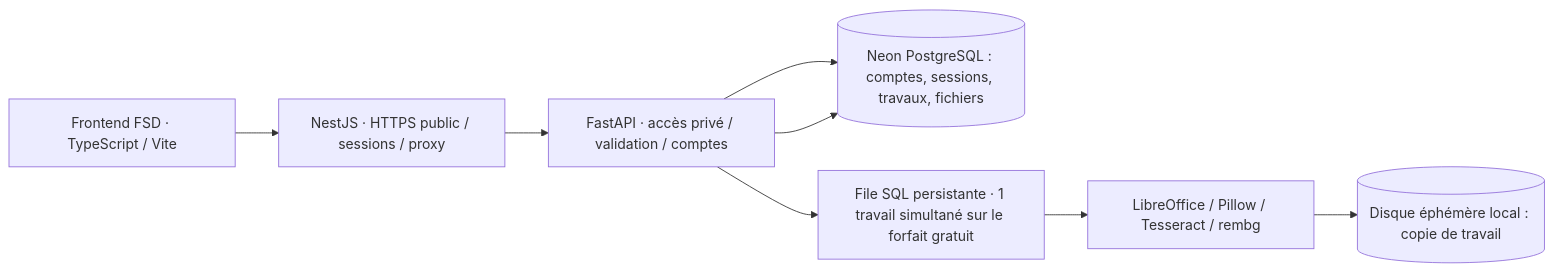
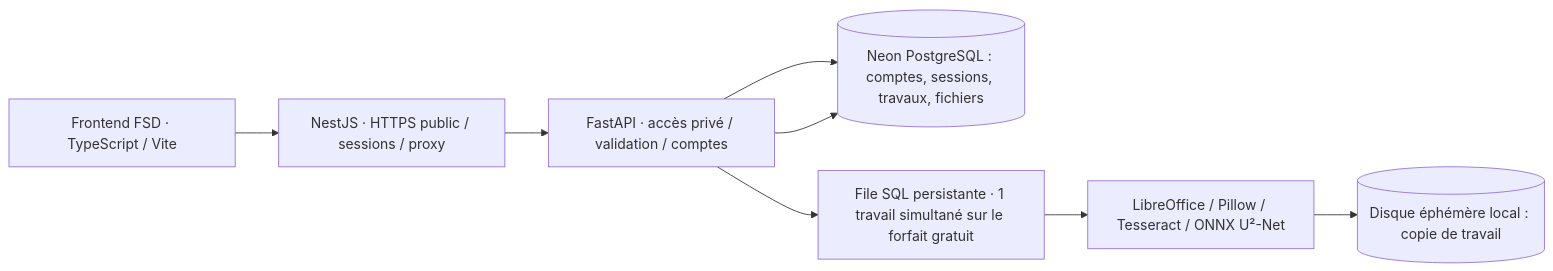
Before and after one commit to Cliedd/CrazyPDF: the diagram in docs/ARCHITECTURE.md, drawn with Mermaid. The commit also changed other lines of this file and 24 other files, not shown here.

````diff
--- a/docs/ARCHITECTURE.md
+++ b/docs/ARCHITECTURE.md
@@ -3,10 +3,10 @@
 ```mermaid
 flowchart LR
   Browser[Frontend FSD · TypeScript / Vite] --> Nest[NestJS · HTTPS public / sessions / proxy]
   Nest --> Python[FastAPI · accès privé / validation / comptes]
   Python --> DB[(Neon PostgreSQL : comptes, sessions, travaux, fichiers)]
   Python --> Queue[File SQL persistante · 1 travail simultané sur le forfait gratuit]
-  Queue --> Engines[LibreOffice / Pillow / Tesseract / rembg]
+  Queue --> Engines[LibreOffice / Pillow / Tesseract / ONNX U²-Net]
   Engines --> Disk[(Disque éphémère local : copie de travail)]
   Python --> DB
 ```
````
